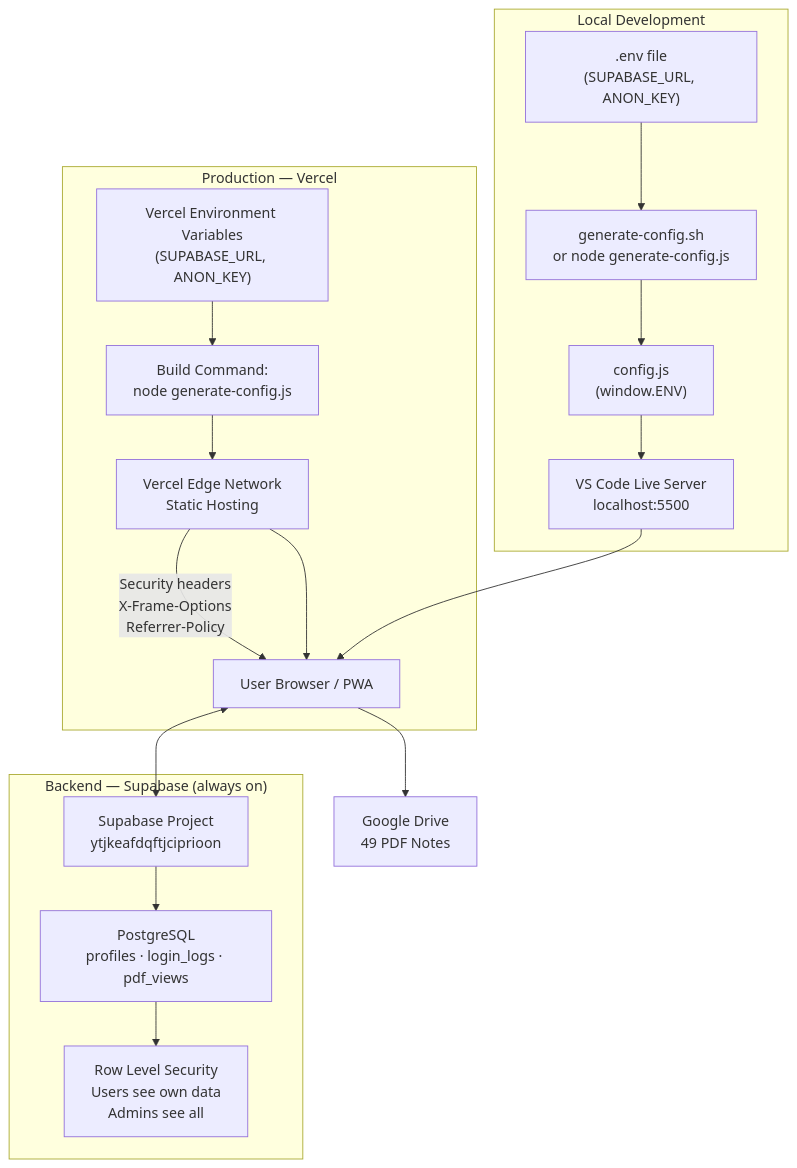
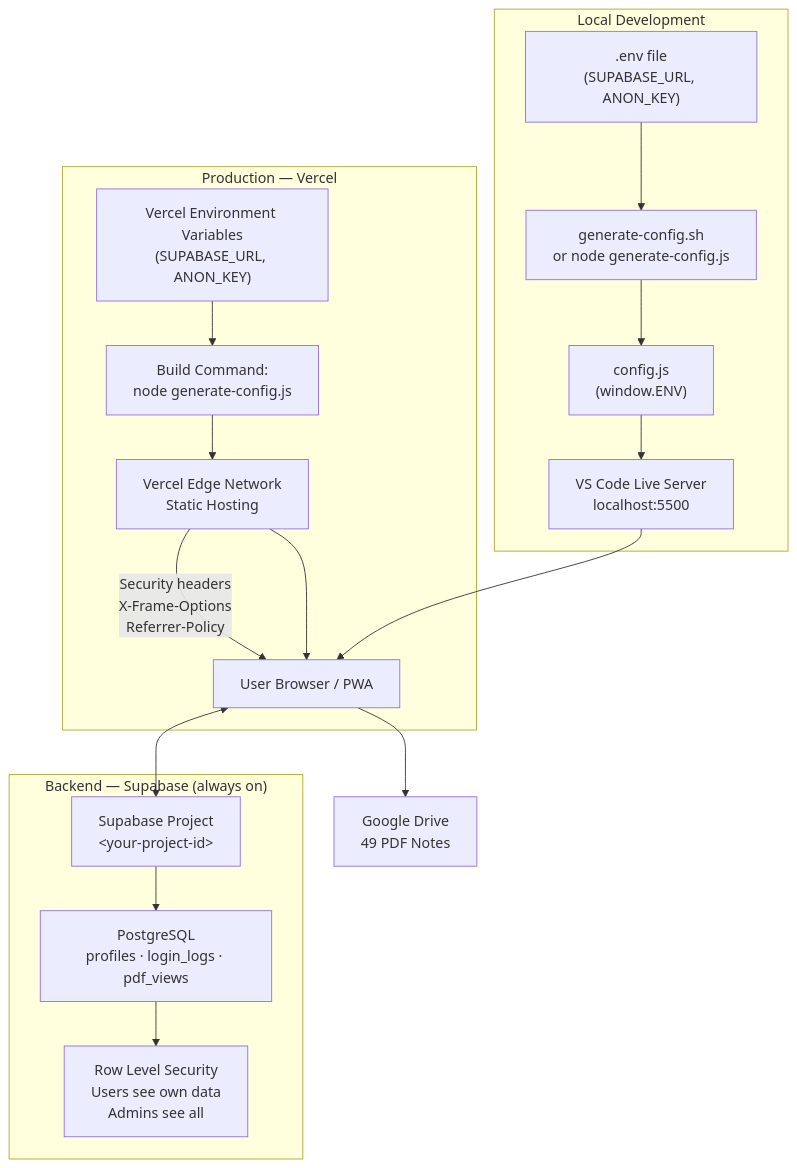
Before and after one commit to Raj-pro/GATE-Prep-Hub: the ninth of 9 diagrams in README.md, drawn with Mermaid. The commit also changed 5 other files, not shown here.

````diff
--- a/README.md
+++ b/README.md
@@ -325,34 +325,34 @@
 ```mermaid
 graph TB
   subgraph DEV["Local Development"]
     LIVESERVER["VS Code Live Server\nlocalhost:5500"]
     ENV_FILE[".env file\n(SUPABASE_URL, ANON_KEY)"]
     GENSCRIPT["generate-config.sh\nor node generate-config.js"]
     ENV_FILE --> GENSCRIPT --> CONFIG_JS["config.js\n(window.ENV)"]
     CONFIG_JS --> LIVESERVER
   end
 
   subgraph PROD["Production — Vercel"]
     VERCEL_EDGE["Vercel Edge Network\nStatic Hosting"]
     BUILD["Build Command:\nnode generate-config.js"]
     ENV_VARS["Vercel Environment Variables\n(SUPABASE_URL, ANON_KEY)"]
     ENV_VARS --> BUILD --> VERCEL_EDGE
     VERCEL_EDGE -->|"Security headers\nX-Frame-Options\nReferrer-Policy"| BROWSER
   end
 
   subgraph BACKEND["Backend — Supabase (always on)"]
-    SB["Supabase Project\nytjkeafdqftjciprioon"]
+    SB["Supabase Project\n&lt;your-project-id&gt;"]
     PG2["PostgreSQL\nprofiles · login_logs · pdf_views"]
     RLS["Row Level Security\nUsers see own data\nAdmins see all"]
     SB --> PG2
     PG2 --> RLS
   end
 
   BROWSER["User Browser / PWA"]
   GDRIVE2["Google Drive\n49 PDF Notes"]
 
   LIVESERVER --> BROWSER
   VERCEL_EDGE --> BROWSER
   BROWSER <--> SB
   BROWSER --> GDRIVE2
 ```
````
